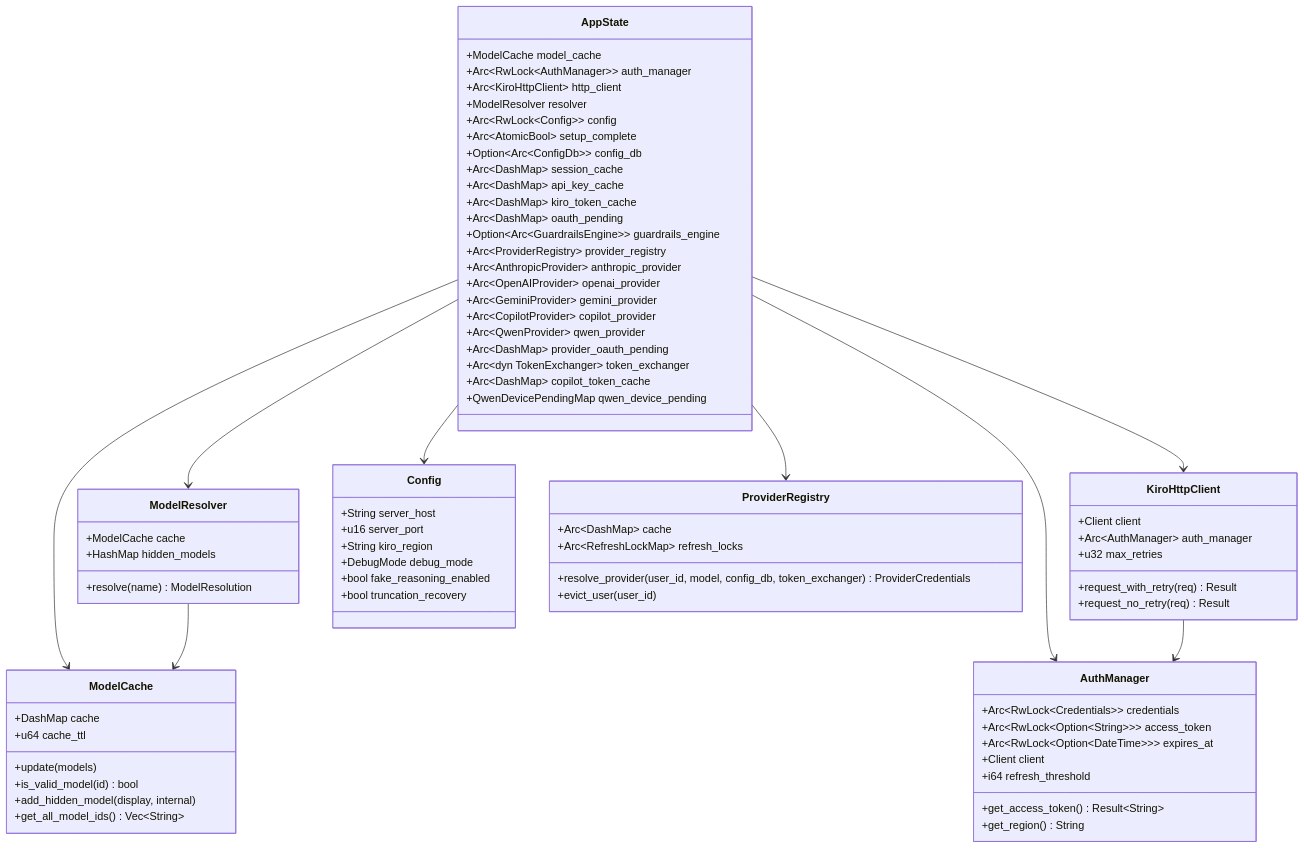
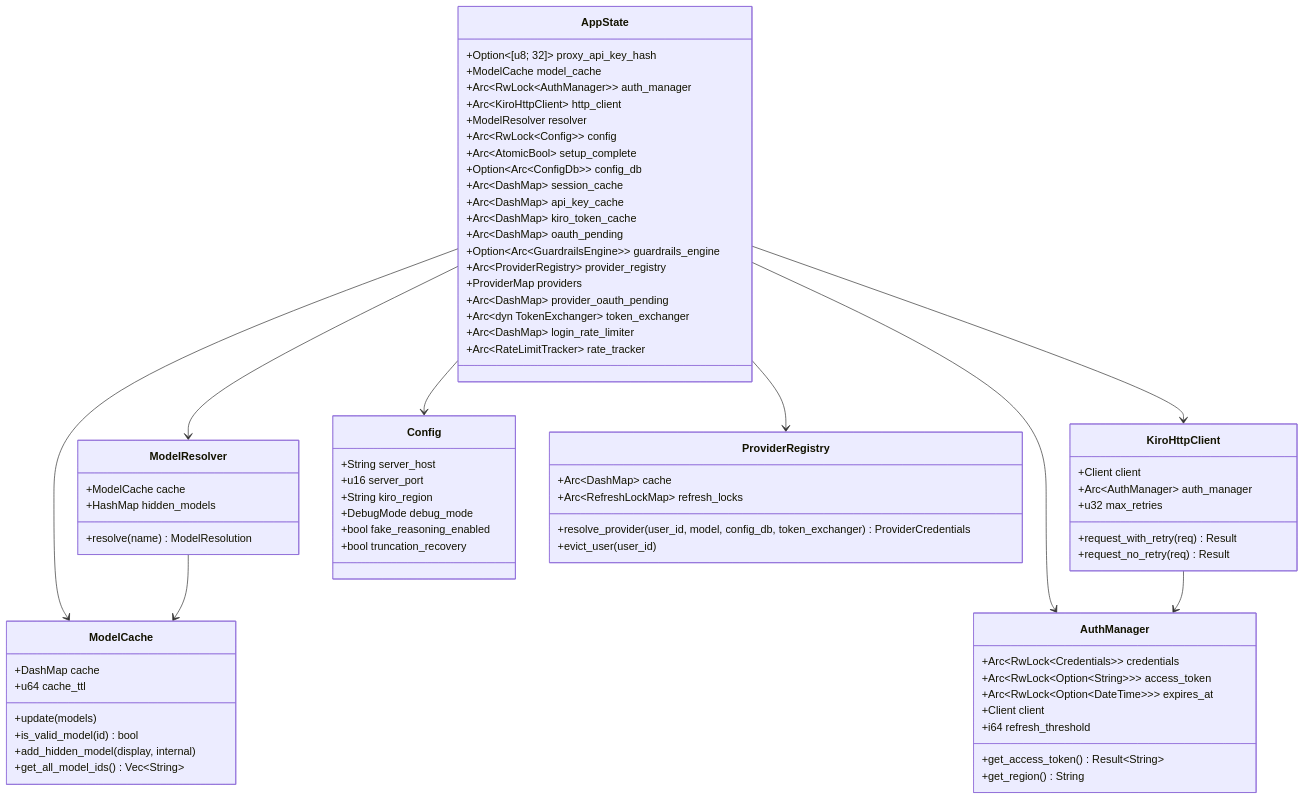
One commit to if414013/harbangan changed the second of 3 diagrams in gh-pages/docs/architecture/index.md. Above: the diagram before and after it, drawn with Mermaid. The commit also changed other lines of this file and 15 other files, not shown here.

````diff
--- a/gh-pages/docs/architecture/index.md
+++ b/gh-pages/docs/architecture/index.md
@@ -208,6 +208,7 @@
 ```mermaid
 classDiagram
     class AppState {
+        +Option~[u8; 32]~ proxy_api_key_hash
         +ModelCache model_cache
         +Arc~RwLock~AuthManager~~ auth_manager
         +Arc~KiroHttpClient~ http_client
@@ -221,15 +222,11 @@
         +Arc~DashMap~ oauth_pending
         +Option~Arc~GuardrailsEngine~~ guardrails_engine
         +Arc~ProviderRegistry~ provider_registry
-        +Arc~AnthropicProvider~ anthropic_provider
-        +Arc~OpenAIProvider~ openai_provider
-        +Arc~GeminiProvider~ gemini_provider
-        +Arc~CopilotProvider~ copilot_provider
-        +Arc~QwenProvider~ qwen_provider
+        +ProviderMap providers
         +Arc~DashMap~ provider_oauth_pending
         +Arc~dyn TokenExchanger~ token_exchanger
-        +Arc~DashMap~ copilot_token_cache
-        +QwenDevicePendingMap qwen_device_pending
+        +Arc~DashMap~ login_rate_limiter
+        +Arc~RateLimitTracker~ rate_tracker
     }
 
     class ModelCache {
````
